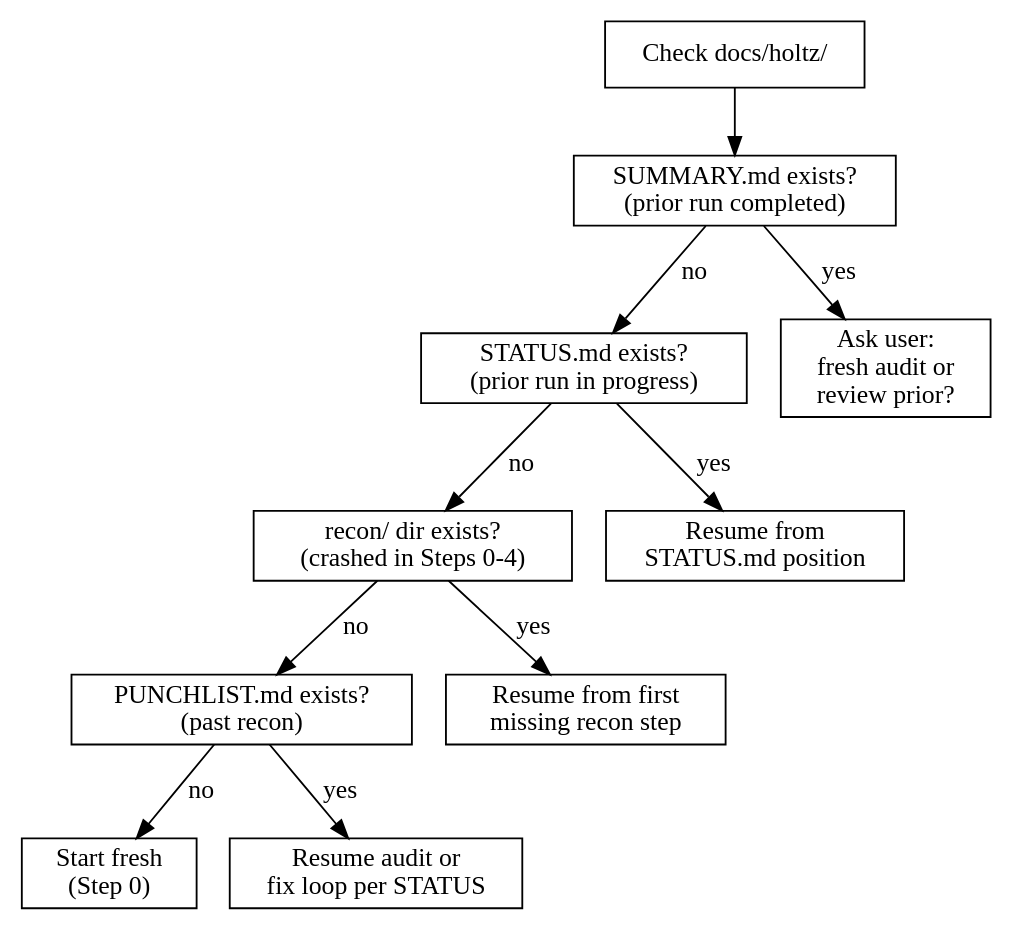
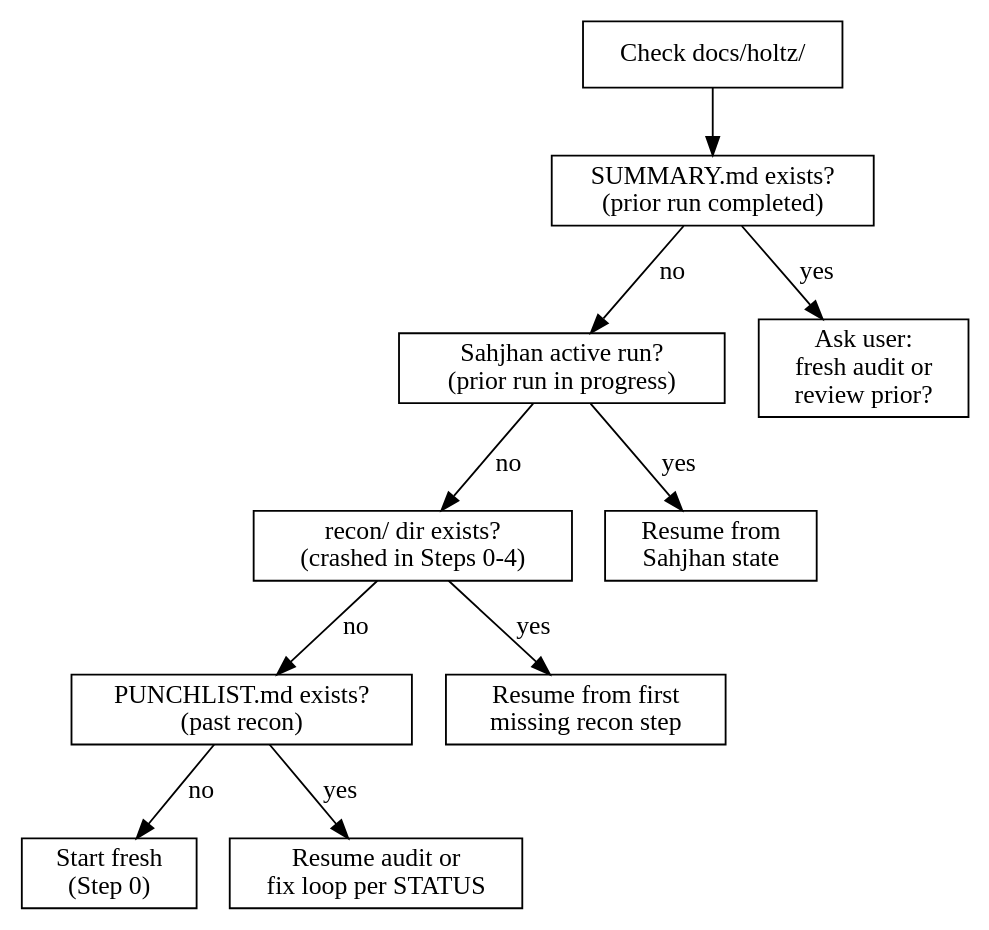
Before and after one commit to jbrjake/holtz: the first of 2 diagrams in skills/holtz/SKILL.md, drawn with Graphviz. The commit also changed other lines of this file and 1 other file, not shown here.

First line of the commit message:
feat(skill): update SKILL.md to reference Sahjhan enforcement commands

````diff
--- a/skills/holtz/SKILL.md
+++ b/skills/holtz/SKILL.md
@@ -122,26 +165,26 @@
 ```dot
 digraph {
   rankdir=TB
   node [shape=box]
   check [label="Check docs/holtz/"]
   summary [label="SUMMARY.md exists?\n(prior run completed)"]
-  status [label="STATUS.md exists?\n(prior run in progress)"]
+  status [label="Sahjhan active run?\n(prior run in progress)"]
   recon [label="recon/ dir exists?\n(crashed in Steps 0-4)"]
   punchlist [label="PUNCHLIST.md exists?\n(past recon)"]
   fresh [label="Start fresh\n(Step 0)"]
-  resume_status [label="Resume from\nSTATUS.md position"]
+  resume_status [label="Resume from\nSahjhan state"]
   resume_recon [label="Resume from first\nmissing recon step"]
   resume_audit [label="Resume audit or\nfix loop per STATUS"]
   ask [label="Ask user:\nfresh audit or\nreview prior?"]
 
   check -> summary
   summary -> ask [label="yes"]
   summary -> status [label="no"]
   status -> resume_status [label="yes"]
   status -> recon [label="no"]
   recon -> resume_recon [label="yes"]
   recon -> punchlist [label="no"]
   punchlist -> resume_audit [label="yes"]
   punchlist -> fresh [label="no"]
 }
 ```
````
